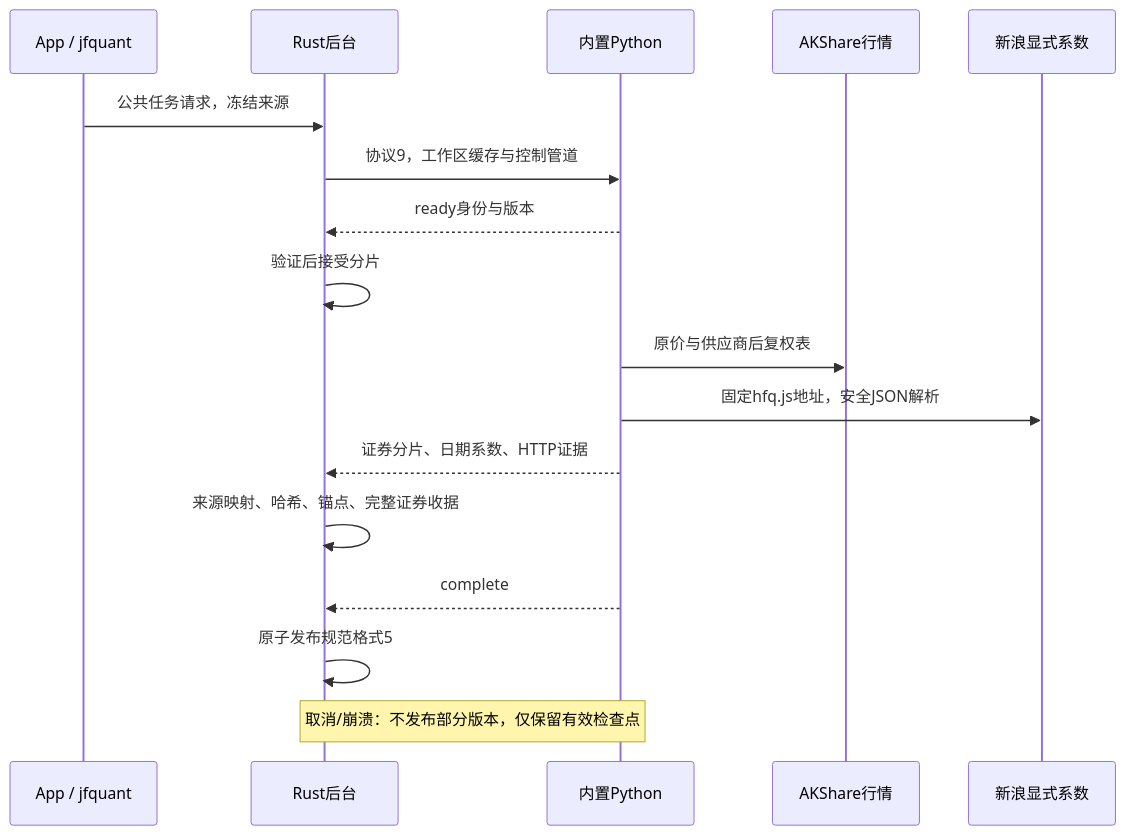
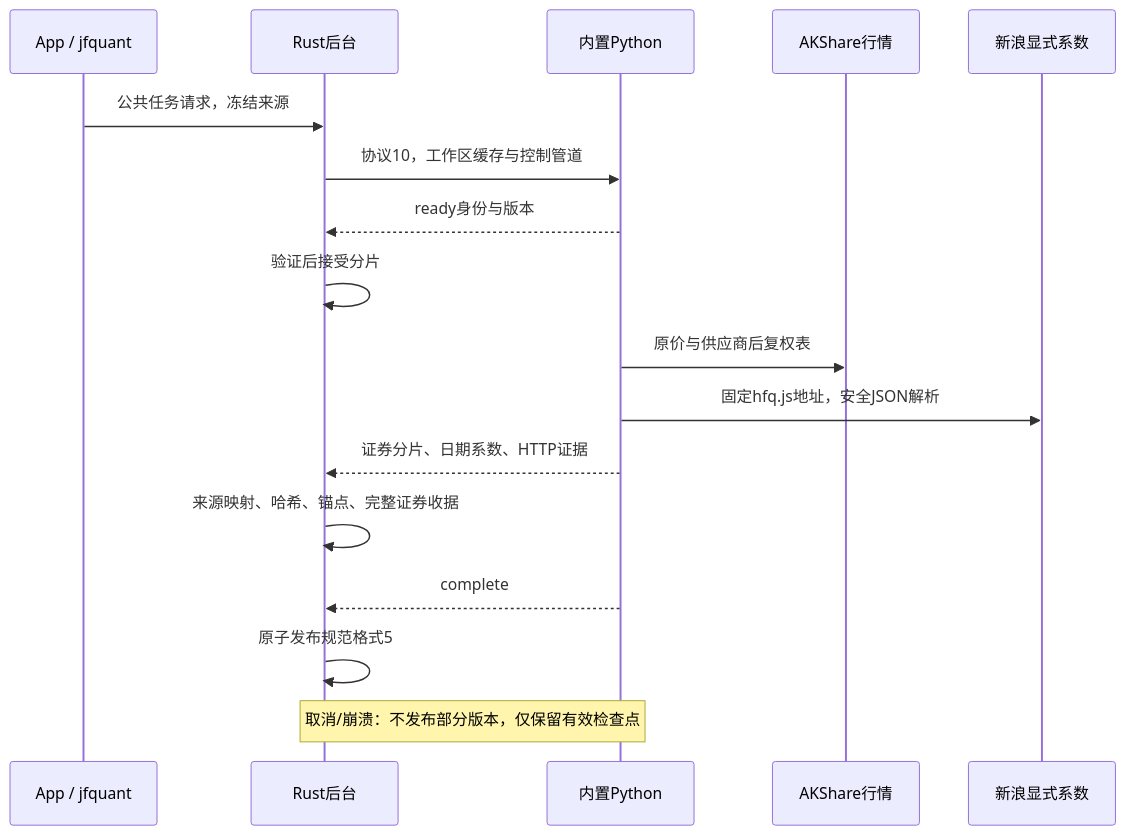
The first of 6 diagrams in crates/storage/collectors/README.md (Dennishaha/JFQuant), drawn with Mermaid before and after one commit. The commit also changed other lines of this file and 47 other files, not shown here.

````diff
--- a/crates/storage/collectors/README.md
+++ b/crates/storage/collectors/README.md
@@ -15,19 +15,19 @@
 ```mermaid
 sequenceDiagram
   participant C as App / jfquant
   participant W as Rust后台
   participant P as 内置Python
   participant A as AKShare行情
   participant S as 新浪显式系数
   C->>W: 公共任务请求，冻结来源
-  W->>P: 协议9，工作区缓存与控制管道
+  W->>P: 协议10，工作区缓存与控制管道
   P-->>W: ready身份与版本
   W->>W: 验证后接受分片
   P->>A: 原价与供应商后复权表
   P->>S: 固定hfq.js地址，安全JSON解析
   P-->>W: 证券分片、日期系数、HTTP证据
   W->>W: 来源映射、哈希、锚点、完整证券收据
   P-->>W: complete
   W->>W: 原子发布规范格式5
   Note over W,P: 取消/崩溃：不发布部分版本，仅保留有效检查点
 ```
````
